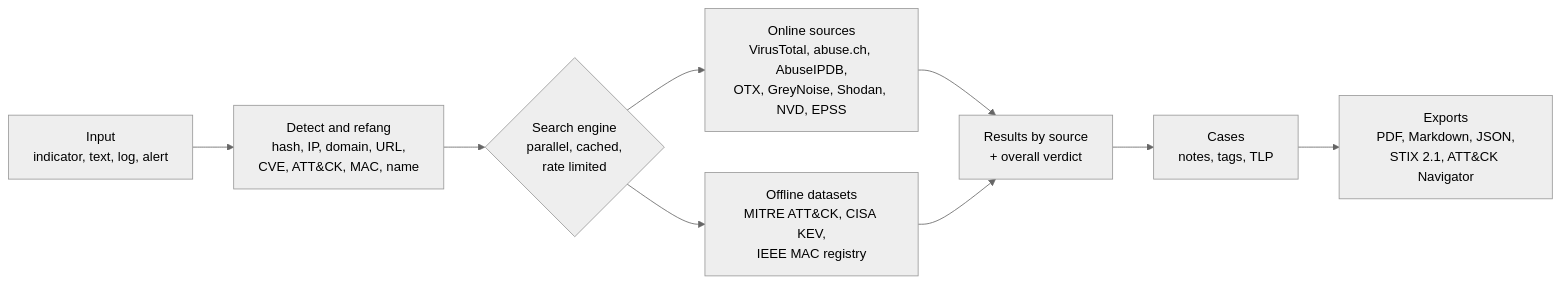
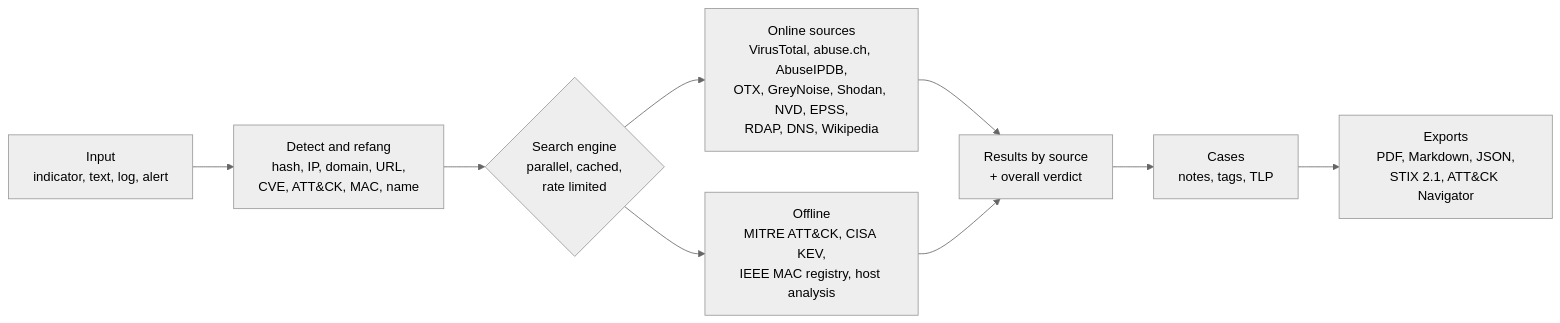
The diagram in README.md (ciruzz00/astro), drawn with Mermaid (neutral theme) before and after one commit. The commit also changed other lines of this file and 1 other file, not shown here.

Commit message:
docs: describe the new sources and their OPSEC

````diff
--- a/README.md
+++ b/README.md
@@ -57,11 +62,11 @@
 ```mermaid
 flowchart LR
     A["Input<br/>indicator, text, log, alert"] --> B["Detect and refang<br/>hash, IP, domain, URL,<br/>CVE, ATT&CK, MAC, name"]
     B --> C{"Search engine<br/>parallel, cached,<br/>rate limited"}
-    C --> D["Online sources<br/>VirusTotal, abuse.ch, AbuseIPDB,<br/>OTX, GreyNoise, Shodan, NVD, EPSS"]
-    C --> E["Offline datasets<br/>MITRE ATT&CK, CISA KEV,<br/>IEEE MAC registry"]
+    C --> D["Online sources<br/>VirusTotal, abuse.ch, AbuseIPDB,<br/>OTX, GreyNoise, Shodan, NVD, EPSS,<br/>RDAP, DNS, Wikipedia"]
+    C --> E["Offline<br/>MITRE ATT&CK, CISA KEV,<br/>IEEE MAC registry, host analysis"]
     D --> F["Results by source<br/>+ overall verdict"]
     E --> F
     F --> G["Cases<br/>notes, tags, TLP"]
     G --> H["Exports<br/>PDF, Markdown, JSON,<br/>STIX 2.1, ATT&CK Navigator"]
 ```
````
